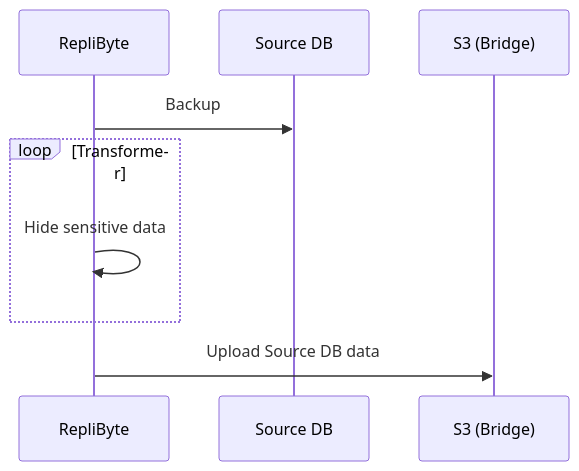
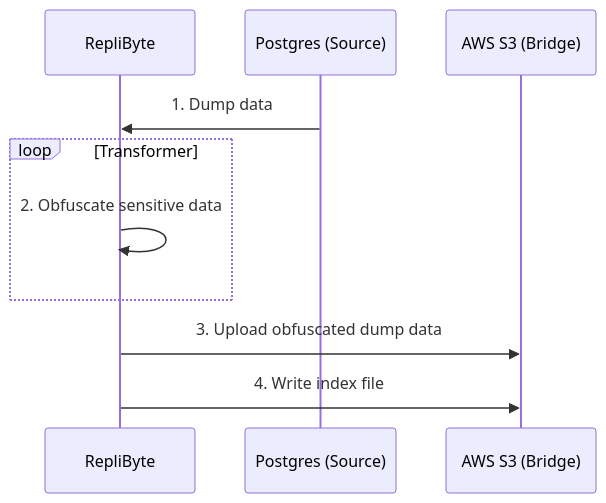
One commit to Qovery/Replibyte changed the first of 2 diagrams in README.md. Above: the diagram before and after it, drawn with Mermaid. The commit also changed other lines of this file and 1 other file, not shown here.

````diff
--- a/README.md
+++ b/README.md
@@ -161,11 +97,12 @@
 ```mermaid
 sequenceDiagram
     participant RepliByte
-    participant Source DB
-    participant S3 (Bridge)
-    RepliByte->>Source DB: Backup
+    participant Postgres (Source)
+    participant AWS S3 (Bridge)
+    Postgres (Source)->>RepliByte: 1. Dump data
     loop Transformer
-        RepliByte->>RepliByte: Hide sensitive data
+        RepliByte->>RepliByte: 2. Obfuscate sensitive data
     end
-    RepliByte->>S3 (Bridge): Upload Source DB data
+    RepliByte->>AWS S3 (Bridge): 3. Upload obfuscated dump data
+    RepliByte->>AWS S3 (Bridge): 4. Write index file
 ```
````
